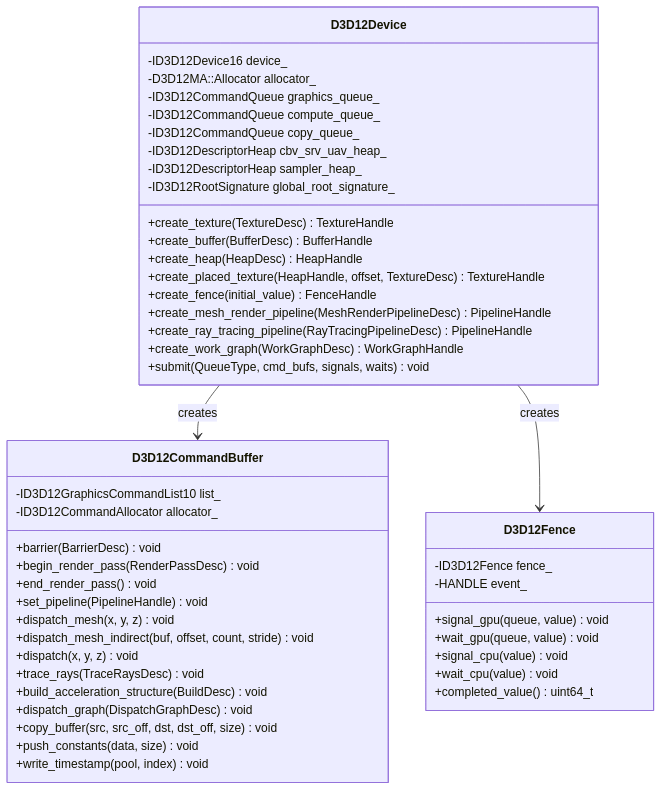
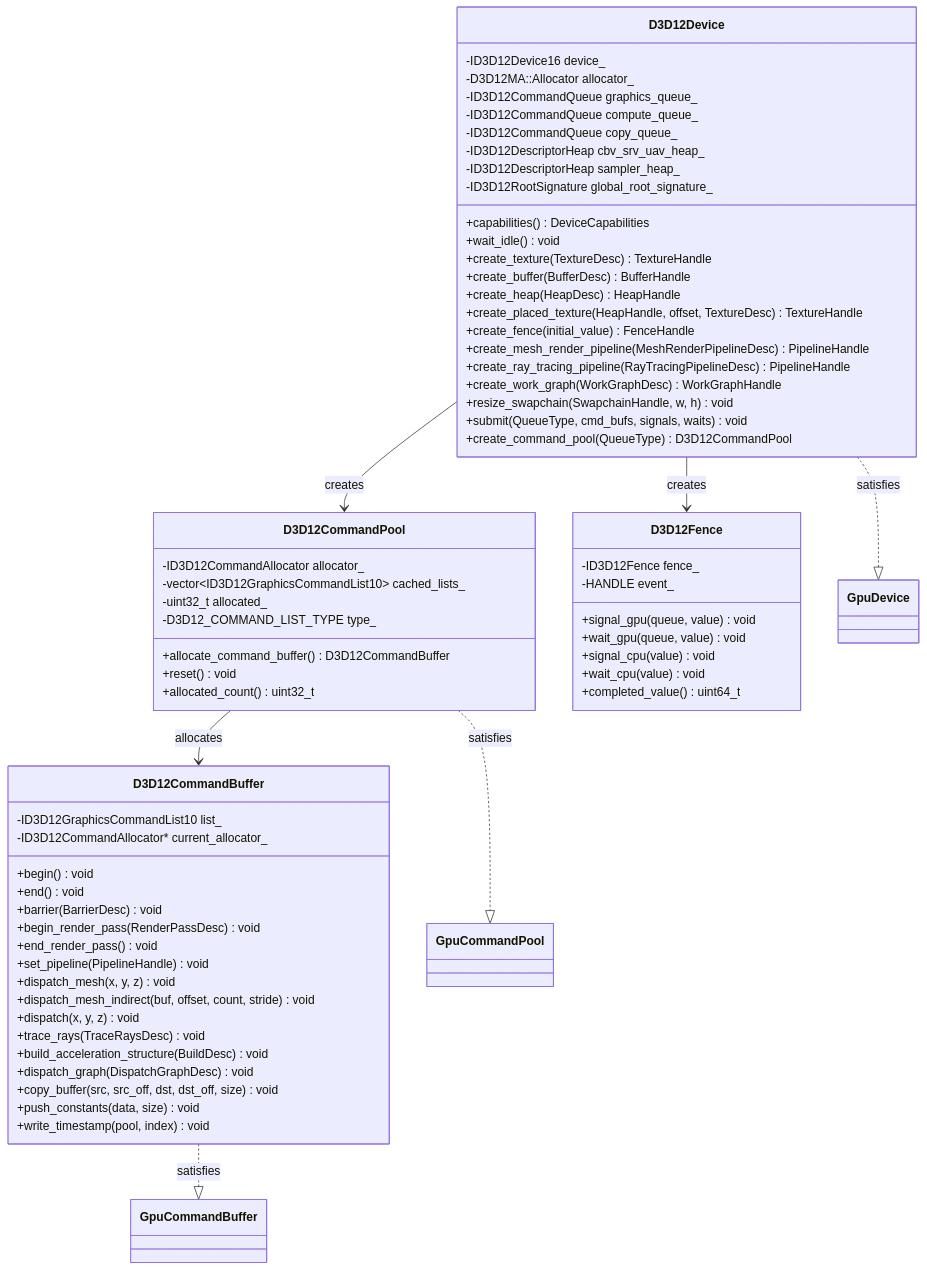
One commit to harmonius-dev/harmonius changed the third of 3 diagrams in docs/design/gpu-backend-d3d12.md. Above: the diagram before and after it, drawn with Mermaid. The commit also changed other lines of this file and 6 other files, not shown here.

First line of the commit message:
Expand GPU backend, render graph, and shader pipeline design docs

````diff
--- a/docs/design/gpu-backend-d3d12.md
+++ b/docs/design/gpu-backend-d3d12.md
@@ -922,53 +1101,73 @@
 ```mermaid
 classDiagram
     class D3D12Device {
         -ID3D12Device16 device_
         -D3D12MA::Allocator allocator_
         -ID3D12CommandQueue graphics_queue_
         -ID3D12CommandQueue compute_queue_
         -ID3D12CommandQueue copy_queue_
         -ID3D12DescriptorHeap cbv_srv_uav_heap_
         -ID3D12DescriptorHeap sampler_heap_
         -ID3D12RootSignature global_root_signature_
+        +capabilities() DeviceCapabilities
+        +wait_idle() void
         +create_texture(TextureDesc) TextureHandle
         +create_buffer(BufferDesc) BufferHandle
         +create_heap(HeapDesc) HeapHandle
         +create_placed_texture(HeapHandle, offset, TextureDesc) TextureHandle
         +create_fence(initial_value) FenceHandle
         +create_mesh_render_pipeline(MeshRenderPipelineDesc) PipelineHandle
         +create_ray_tracing_pipeline(RayTracingPipelineDesc) PipelineHandle
         +create_work_graph(WorkGraphDesc) WorkGraphHandle
+        +resize_swapchain(SwapchainHandle, w, h) void
         +submit(QueueType, cmd_bufs, signals, waits) void
+        +create_command_pool(QueueType) D3D12CommandPool
+    }
+
+    class D3D12CommandPool {
+        -ID3D12CommandAllocator allocator_
+        -vector~ID3D12GraphicsCommandList10~ cached_lists_
+        -uint32_t allocated_
+        -D3D12_COMMAND_LIST_TYPE type_
+        +allocate_command_buffer() D3D12CommandBuffer
+        +reset() void
+        +allocated_count() uint32_t
     }
 
     class D3D12CommandBuffer {
         -ID3D12GraphicsCommandList10 list_
-        -ID3D12CommandAllocator allocator_
+        -ID3D12CommandAllocator* current_allocator_
+        +begin() void
+        +end() void
         +barrier(BarrierDesc) void
         +begin_render_pass(RenderPassDesc) void
         +end_render_pass() void
         +set_pipeline(PipelineHandle) void
         +dispatch_mesh(x, y, z) void
         +dispatch_mesh_indirect(buf, offset, count, stride) void
         +dispatch(x, y, z) void
         +trace_rays(TraceRaysDesc) void
         +build_acceleration_structure(BuildDesc) void
         +dispatch_graph(DispatchGraphDesc) void
         +copy_buffer(src, src_off, dst, dst_off, size) void
         +push_constants(data, size) void
         +write_timestamp(pool, index) void
     }
 
     class D3D12Fence {
         -ID3D12Fence fence_
         -HANDLE event_
         +signal_gpu(queue, value) void
         +wait_gpu(queue, value) void
         +signal_cpu(value) void
         +wait_cpu(value) void
         +completed_value() uint64_t
     }
 
-    D3D12Device --> D3D12CommandBuffer : creates
+    D3D12Device ..|> GpuDevice : satisfies
+    D3D12CommandPool ..|> GpuCommandPool : satisfies
+    D3D12CommandBuffer ..|> GpuCommandBuffer : satisfies
+    D3D12Device --> D3D12CommandPool : creates
+    D3D12CommandPool --> D3D12CommandBuffer : allocates
     D3D12Device --> D3D12Fence : creates
 ```
````
